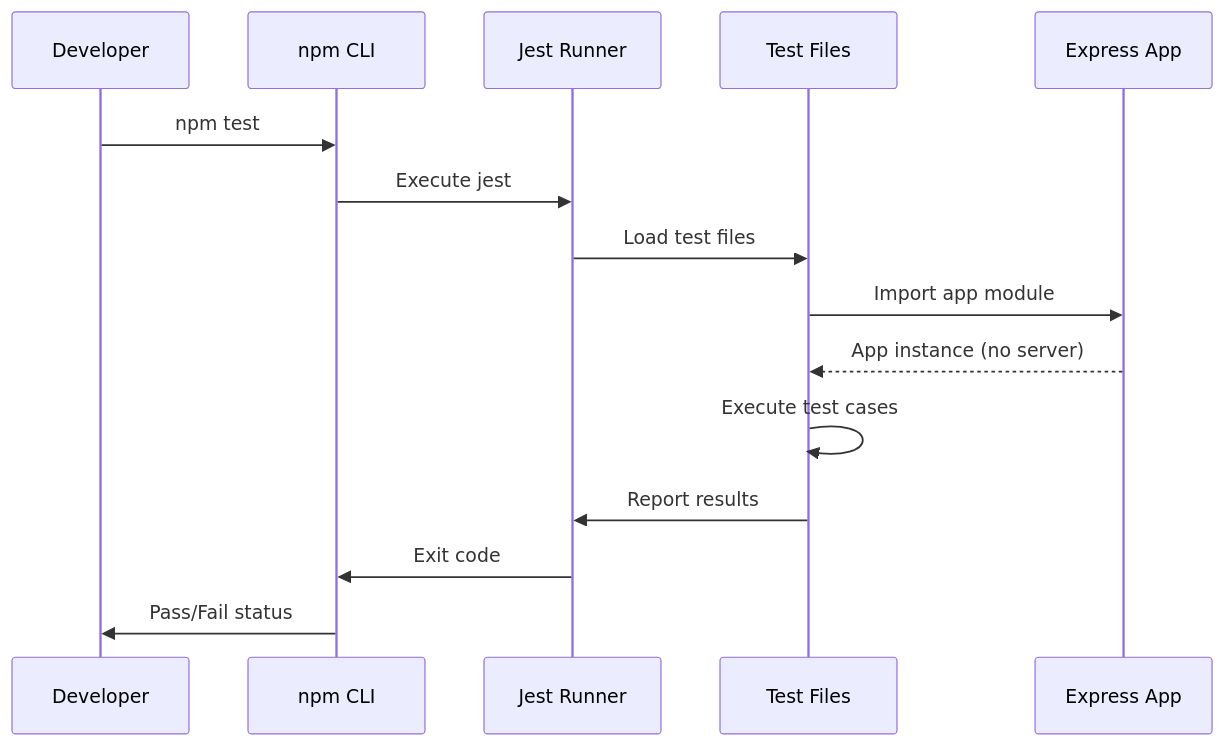
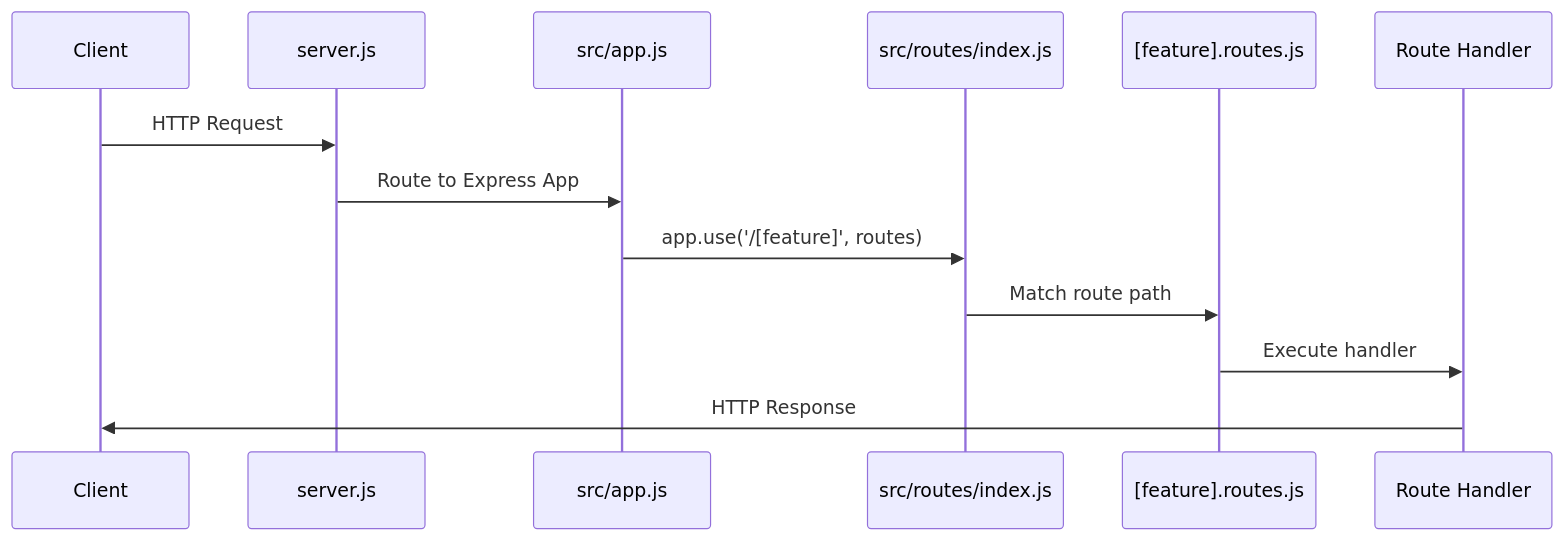
One commit to sudhanshu-spec/test-spec changed the diagram in blitzy/documentation/Technical Specifications.md. Above: the diagram before and after it, drawn with Mermaid. The commit also changed other lines of this file, not shown here.

````diff
--- a/blitzy/documentation/Technical Specifications.md
+++ b/blitzy/documentation/Technical Specifications.md
@@ -1039,18 +675,16 @@
 ```mermaid
 sequenceDiagram
-    participant Dev as Developer
-    participant NPM as npm CLI
-    participant Jest as Jest Runner
-    participant Tests as Test Files
-    participant App as Express App
-    
-    Dev->>NPM: npm test
-    NPM->>Jest: Execute jest
-    Jest->>Tests: Load test files
-    Tests->>App: Import app module
-    App-->>Tests: App instance (no server)
-    Tests->>Tests: Execute test cases
-    Tests->>Jest: Report results
-    Jest->>NPM: Exit code
-    NPM->>Dev: Pass/Fail status
+    participant Client
+    participant Server as server.js
+    participant App as src/app.js
+    participant Router as src/routes/index.js
+    participant Feature as [feature].routes.js
+    participant Handler as Route Handler
+
+    Client->>Server: HTTP Request
+    Server->>App: Route to Express App
+    App->>Router: app.use('/[feature]', routes)
+    Router->>Feature: Match route path
+    Feature->>Handler: Execute handler
+    Handler->>Client: HTTP Response
 ```
````
